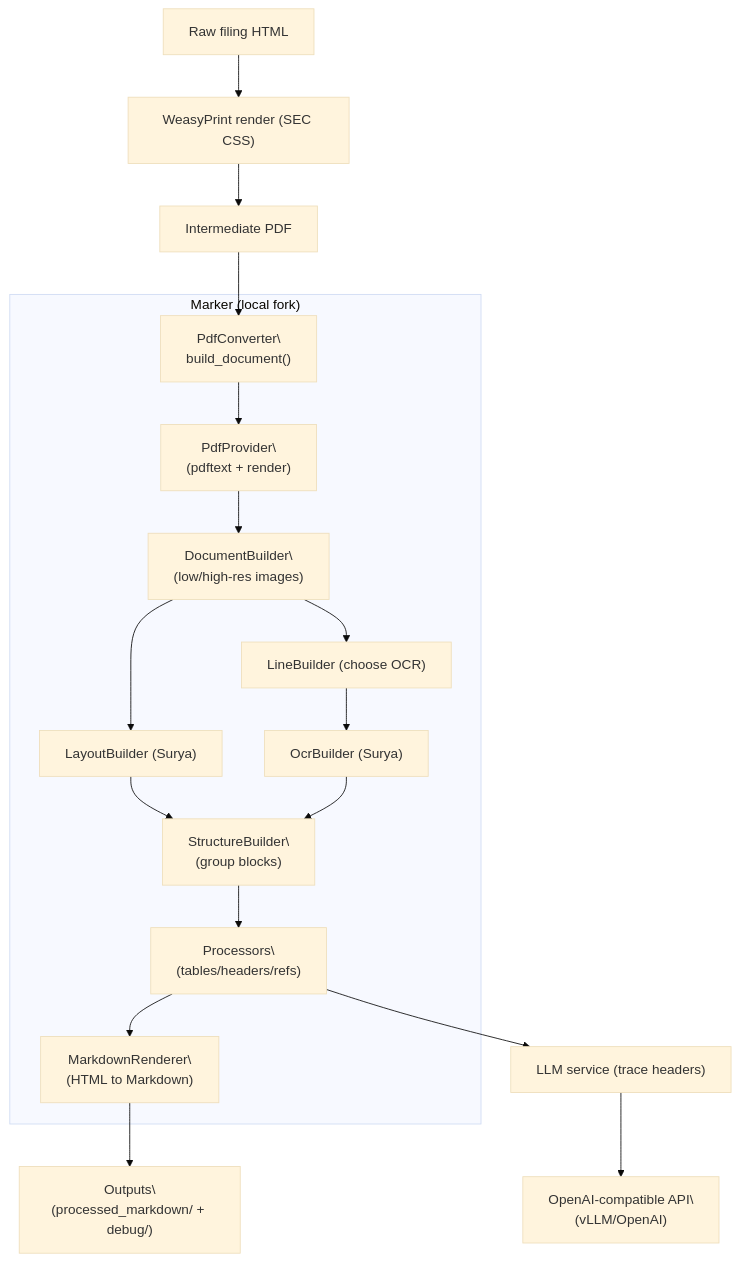
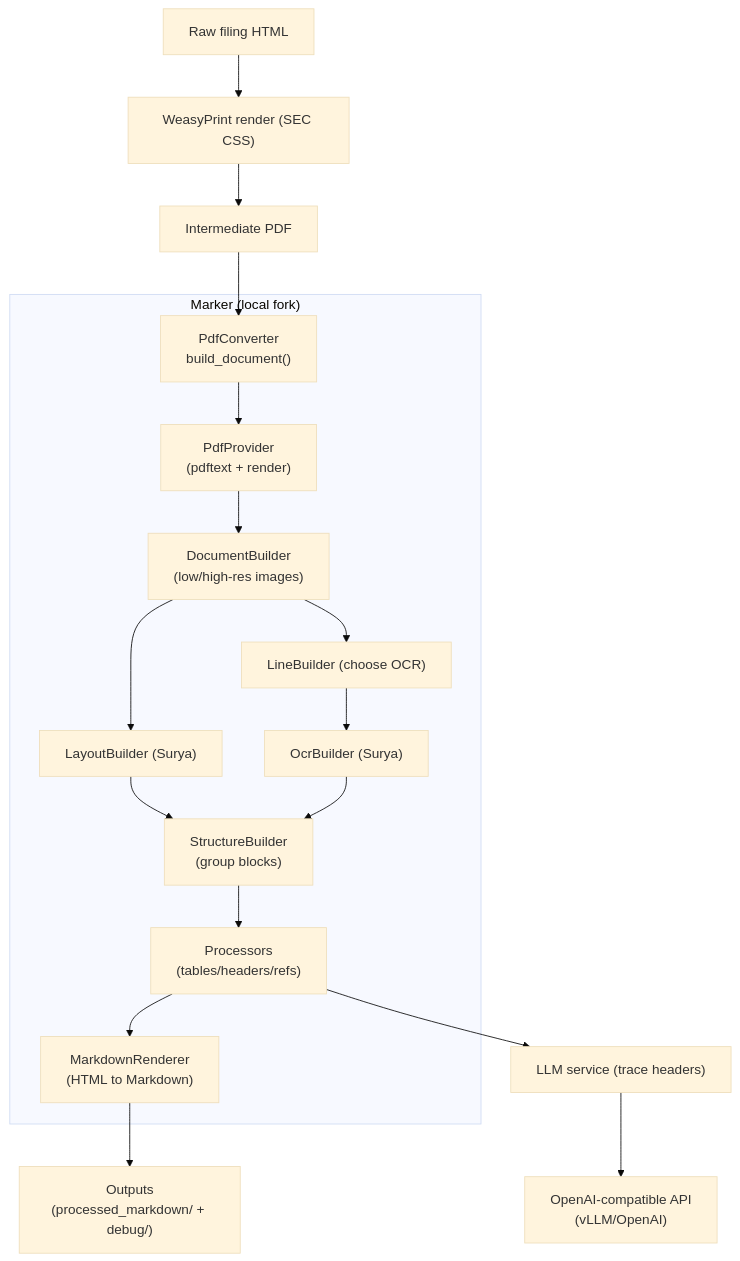
Before and after one commit to linminhtoo/andromeda: the eighth of 8 diagrams in README.md, drawn with Mermaid (base theme).

````diff
--- a/README.md
+++ b/README.md
@@ -622,20 +622,20 @@
 ```mermaid
 flowchart TB
   HTML["Raw filing HTML"] --> WP["WeasyPrint render (SEC CSS)"] --> PDF["Intermediate PDF"]
-  PDF --> START["PdfConverter\\nbuild_document()"]
+  PDF --> START["PdfConverter<br>build_document()"]
 
   subgraph Marker["Marker (local fork)"]
-    START --> PROVIDER["PdfProvider\\n(pdftext + render)"]
-    PROVIDER --> DOC["DocumentBuilder\\n(low/high-res images)"]
+    START --> PROVIDER["PdfProvider<br>(pdftext + render)"]
+    PROVIDER --> DOC["DocumentBuilder<br>(low/high-res images)"]
     DOC --> LAYOUT["LayoutBuilder (Surya)"]
     DOC --> LINES["LineBuilder (choose OCR)"]
     LINES --> OCR["OcrBuilder (Surya)"]
-    LAYOUT --> STRUCT["StructureBuilder\\n(group blocks)"]
+    LAYOUT --> STRUCT["StructureBuilder<br>(group blocks)"]
     OCR --> STRUCT
-    STRUCT --> PROCESSORS["Processors\\n(tables/headers/refs)"]
-    PROCESSORS --> RENDER["MarkdownRenderer\\n(HTML to Markdown)"]
+    STRUCT --> PROCESSORS["Processors<br>(tables/headers/refs)"]
+    PROCESSORS --> RENDER["MarkdownRenderer<br>(HTML to Markdown)"]
   end
 
-  PROCESSORS --> SERVICE["LLM service (trace headers)"] --> LLMAPI["OpenAI-compatible API\\n(vLLM/OpenAI)"]
-  RENDER --> OUT["Outputs\\n(processed_markdown/ + debug/)"]
+  PROCESSORS --> SERVICE["LLM service (trace headers)"] --> LLMAPI["OpenAI-compatible API<br>(vLLM/OpenAI)"]
+  RENDER --> OUT["Outputs<br>(processed_markdown/ + debug/)"]
 ```
````
